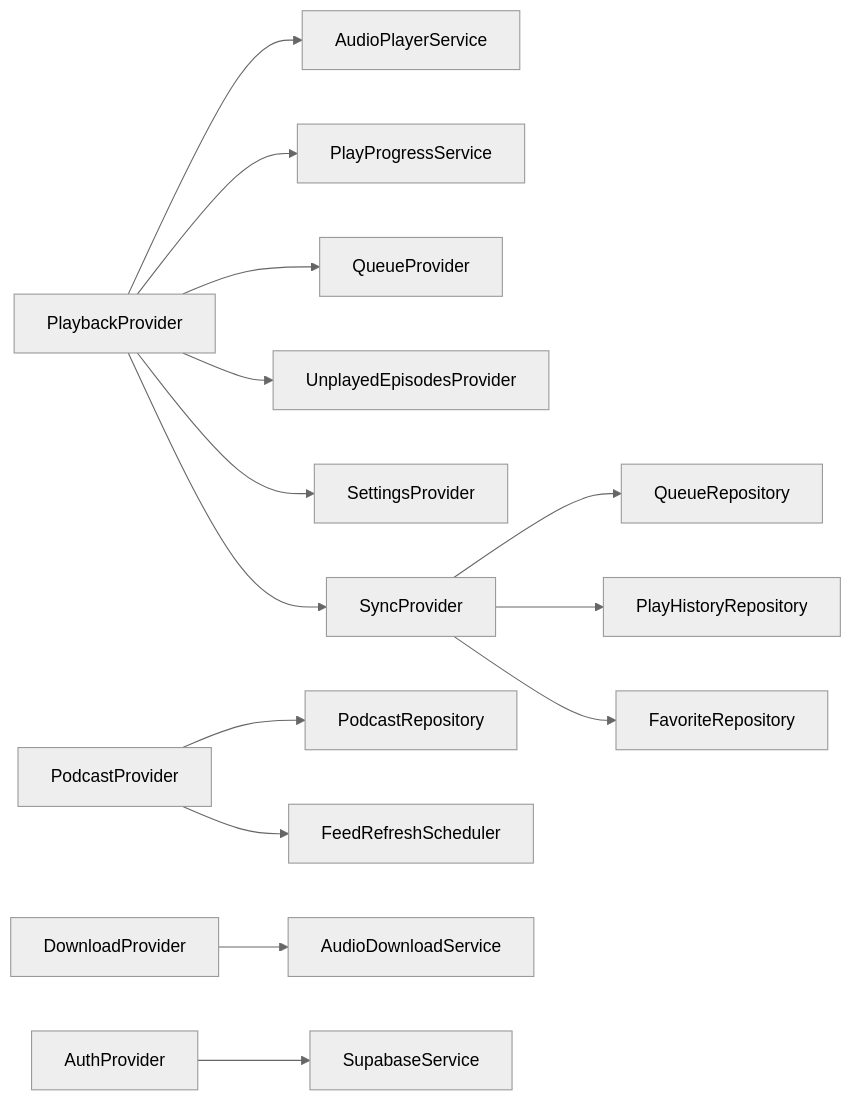
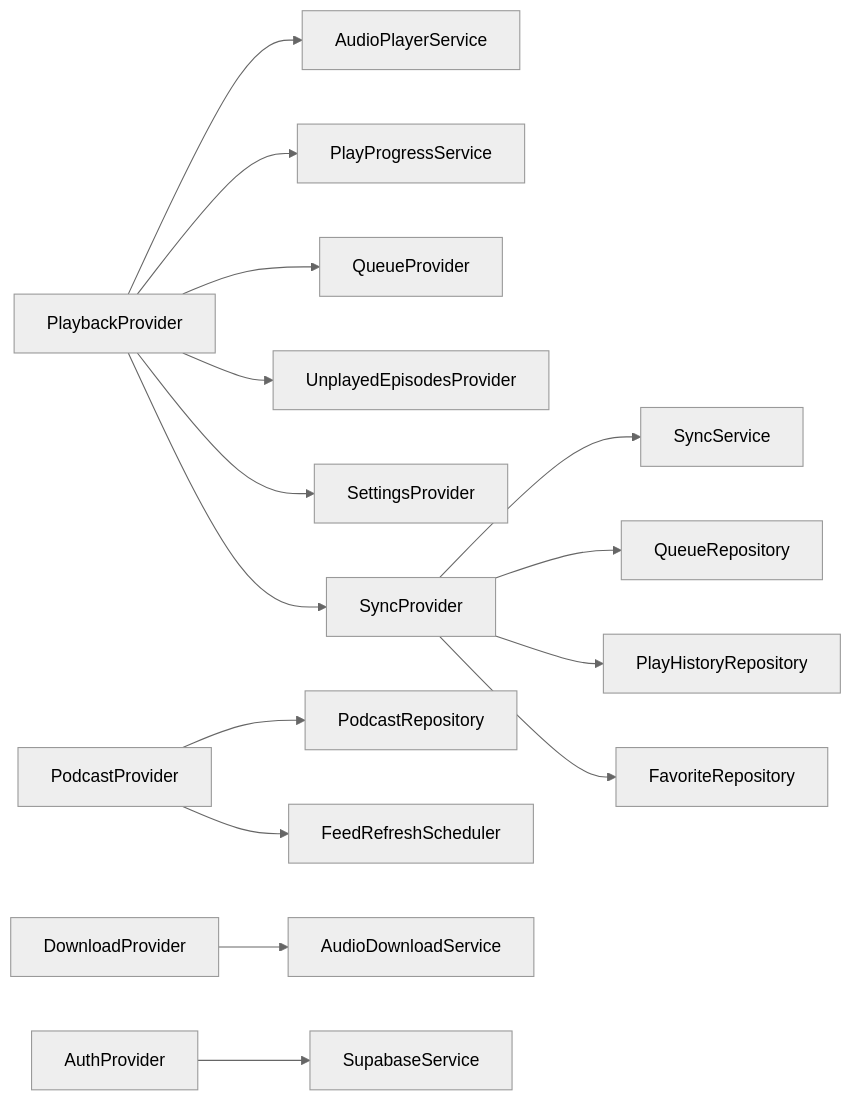
Before and after one commit to ZTfer/Tinycast: the tenth of 10 diagrams in .qoder/repowiki/zh/content/架构设计/设计模式应用/Provider Pattern（提供者模式）/核心 Provider 实现/核心 Provider 实现.md, drawn with Mermaid (neutral theme). The commit also changed other lines of this file and 7 other files, not shown here.

````diff
--- a/.qoder/repowiki/zh/content/架构设计/设计模式应用/Provider Pattern（提供者模式）/核心 Provider 实现/核心 Provider 实现.md
+++ b/.qoder/repowiki/zh/content/架构设计/设计模式应用/Provider Pattern（提供者模式）/核心 Provider 实现/核心 Provider 实现.md
@@ -416,16 +452,17 @@
 ```mermaid
 graph LR
 PB["PlaybackProvider"] --> APS["AudioPlayerService"]
 PB --> PPS["PlayProgressService"]
 PB --> Q["QueueProvider"]
 PB --> UEP["UnplayedEpisodesProvider"]
 PB --> SP["SettingsProvider"]
 PB --> SYNC["SyncProvider"]
 POD["PodcastProvider"] --> REPO_POD["PodcastRepository"]
 POD --> FRS["FeedRefreshScheduler"]
 DL["DownloadProvider"] --> ADS["AudioDownloadService"]
 AUTH["AuthProvider"] --> SUP["SupabaseService"]
+SYNC --> SS["SyncService"]
 SYNC --> REPO_Q["QueueRepository"]
 SYNC --> REPO_PH["PlayHistoryRepository"]
 SYNC --> REPO_FAV["FavoriteRepository"]
 ```
````
